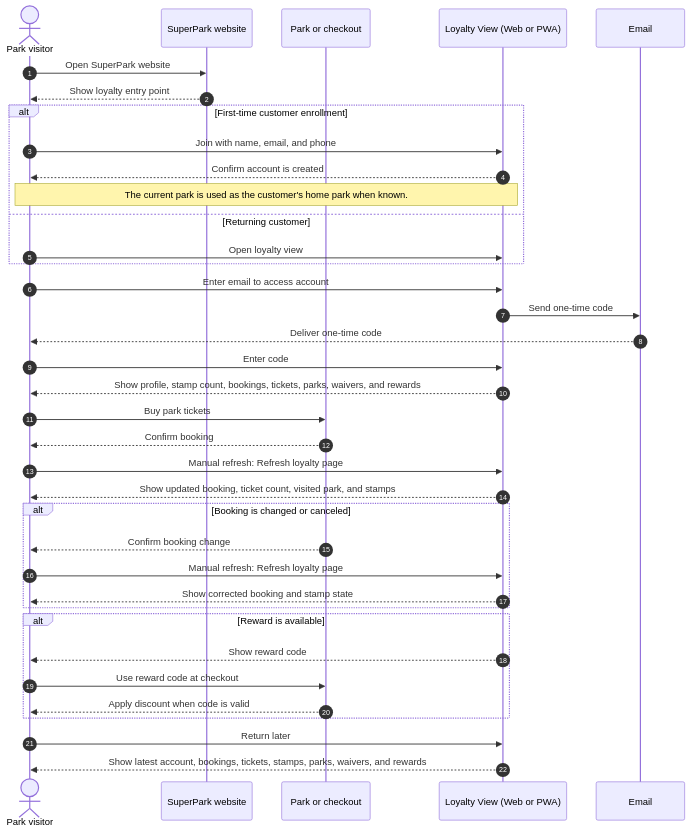
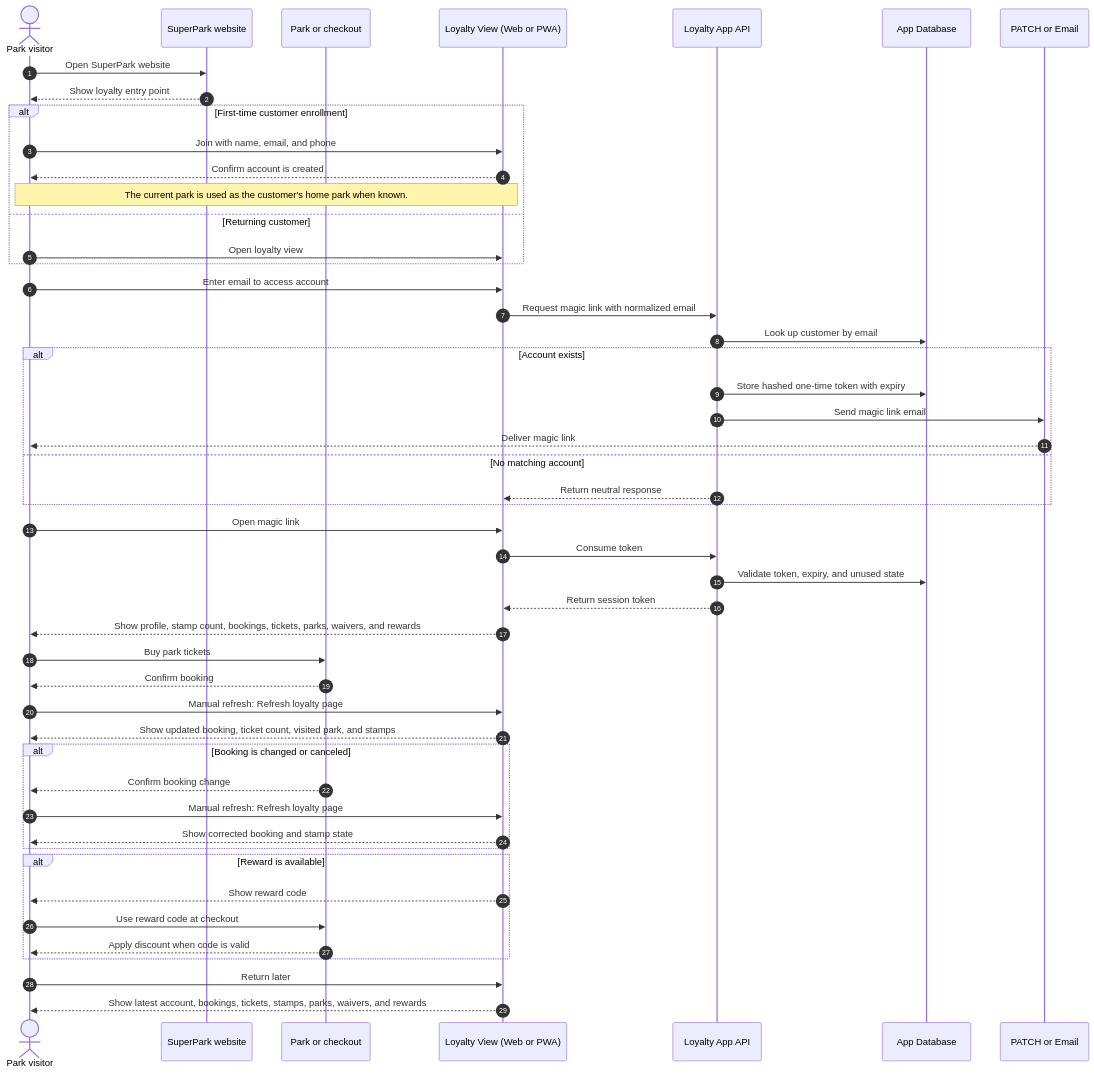
One commit to koivant/park-plan changed the diagram in docs/guides/diagrams/customer-journeys.mmd. Above: the diagram before and after it, drawn with Mermaid. The commit also changed 49 other files, not shown here.

```diff
--- a/docs/guides/diagrams/customer-journeys.mmd
+++ b/docs/guides/diagrams/customer-journeys.mmd
@@ -1,44 +1,56 @@
 sequenceDiagram
   autonumber
   actor U as Park visitor
   participant SITE as SuperPark website
   participant PARK as Park or checkout
   participant VIEW as Loyalty View (Web or PWA)
-  participant EMAIL as Email
+  participant API as Loyalty App API
+  participant DB as App Database
+  participant MSG as PATCH or Email
 
   U->>SITE: Open SuperPark website
   SITE-->>U: Show loyalty entry point
 
   alt First-time customer enrollment
     U->>VIEW: Join with name, email, and phone
     VIEW-->>U: Confirm account is created
     Note over U,VIEW: The current park is used as the customer's home park when known.
   else Returning customer
     U->>VIEW: Open loyalty view
   end
 
   U->>VIEW: Enter email to access account
-  VIEW->>EMAIL: Send one-time code
-  EMAIL-->>U: Deliver one-time code
-  U->>VIEW: Enter code
+  VIEW->>API: Request magic link with normalized email
+  API->>DB: Look up customer by email
+  alt Account exists
+    API->>DB: Store hashed one-time token with expiry
+    API->>MSG: Send magic link email
+    MSG-->>U: Deliver magic link
+  else No matching account
+    API-->>VIEW: Return neutral response
+  end
+  U->>VIEW: Open magic link
+  VIEW->>API: Consume token
+  API->>DB: Validate token, expiry, and unused state
+  API-->>VIEW: Return session token
   VIEW-->>U: Show profile, stamp count, bookings, tickets, parks, waivers, and rewards
 
   U->>PARK: Buy park tickets
   PARK-->>U: Confirm booking
   U->>VIEW: Manual refresh: Refresh loyalty page
   VIEW-->>U: Show updated booking, ticket count, visited park, and stamps
 
   alt Booking is changed or canceled
     PARK-->>U: Confirm booking change
     U->>VIEW: Manual refresh: Refresh loyalty page
     VIEW-->>U: Show corrected booking and stamp state
   end
 
   alt Reward is available
     VIEW-->>U: Show reward code
     U->>PARK: Use reward code at checkout
     PARK-->>U: Apply discount when code is valid
   end
 
   U->>VIEW: Return later
   VIEW-->>U: Show latest account, bookings, tickets, stamps, parks, waivers, and rewards
```
